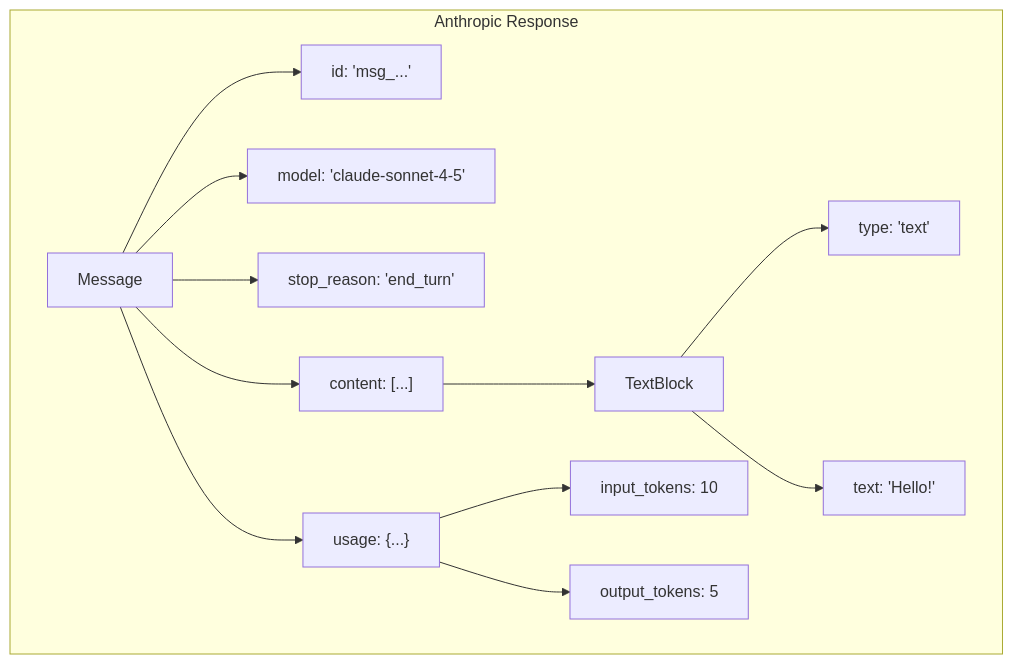
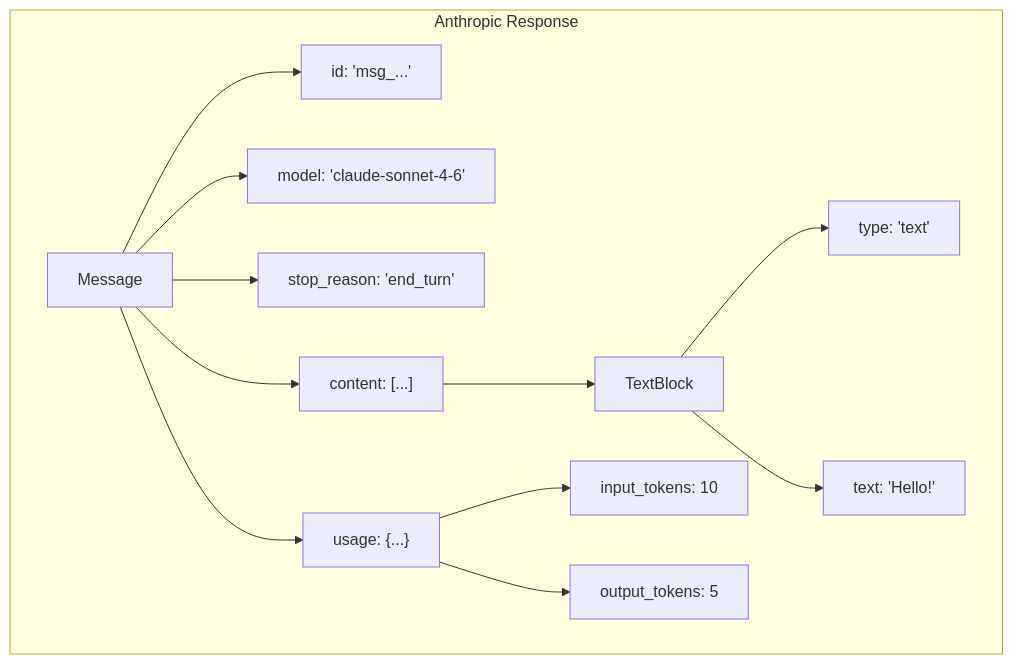
One commit to akshkr/akashnotes changed the third of 4 diagrams in Phase_1_LLM_Foundations/Day_010_openai_anthropic_sdks_part1/openai_anthropic_sdks_part1.md. Above: the diagram before and after it, drawn with Mermaid. The commit also changed other lines of this file and 95 other files, not shown here.

````diff
--- a/Phase_1_LLM_Foundations/Day_010_openai_anthropic_sdks_part1/openai_anthropic_sdks_part1.md
+++ b/Phase_1_LLM_Foundations/Day_010_openai_anthropic_sdks_part1/openai_anthropic_sdks_part1.md
@@ -274,18 +284,18 @@
 ```mermaid
 flowchart TB
     subgraph "Anthropic Response"
         R["Message"]
         R --> ID["id: 'msg_...'"]
-        R --> Model["model: 'claude-sonnet-4-5'"]
+        R --> Model["model: 'claude-sonnet-4-6'"]
         R --> SR["stop_reason: 'end_turn'"]
         R --> Content["content: [...]"]
         R --> Usage["usage: {...}"]
 
         Content --> TB["TextBlock"]
         TB --> Type["type: 'text'"]
         TB --> Text["text: 'Hello!'"]
 
         Usage --> IT["input_tokens: 10"]
         Usage --> OT["output_tokens: 5"]
     end
 ```
````
